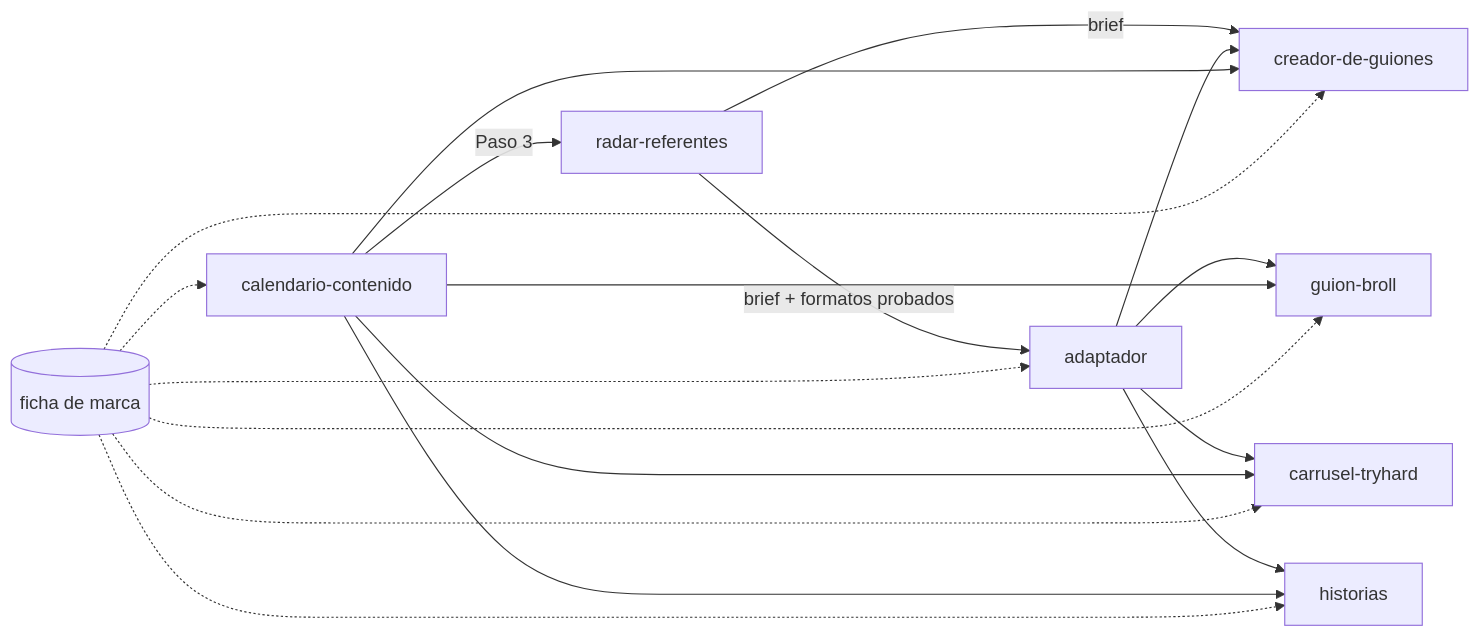
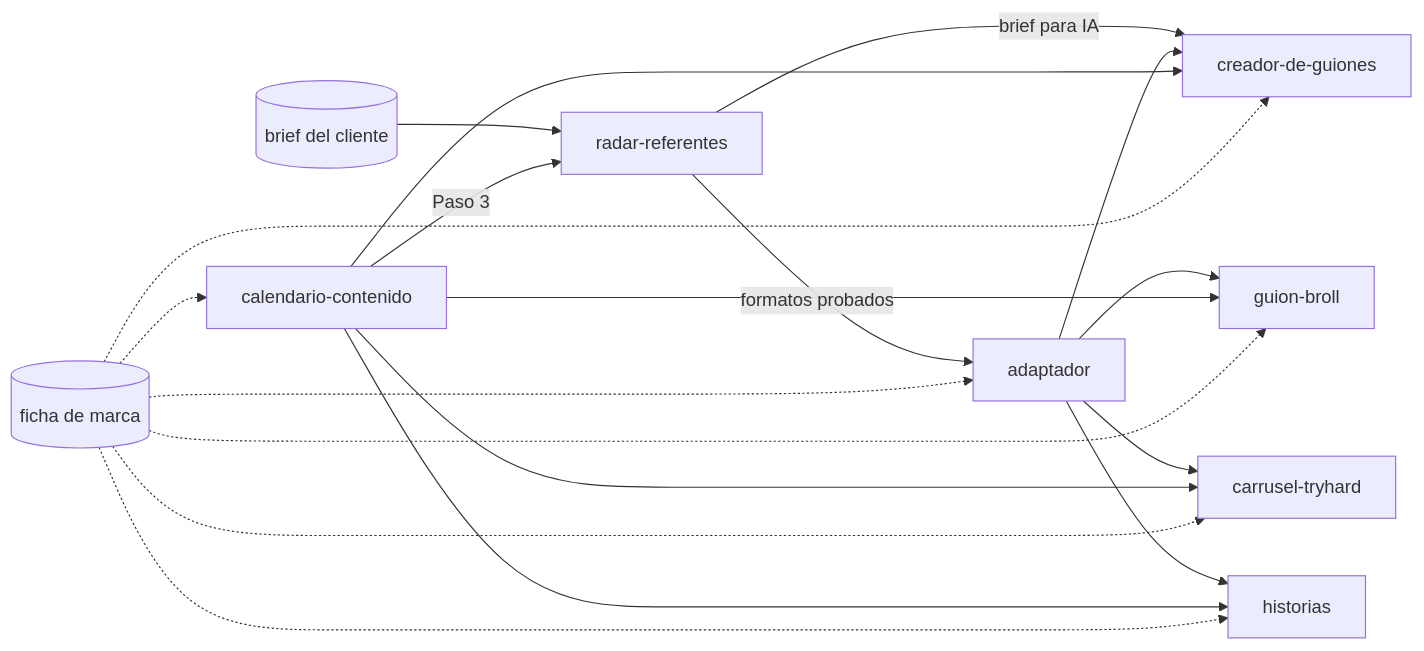
One commit to luisrochagr/phoenix-os-skills changed the diagram in README.md. Above: the diagram before and after it, drawn with Mermaid. The commit also changed other lines of this file and 5 other files, not shown here.

First line of the commit message:
Radar: el brief del cliente (contexto, oferta y avatar) es input obligatorio

````diff
--- a/README.md
+++ b/README.md
@@ -25,12 +25,13 @@
 ```mermaid
 flowchart LR
-  R[radar-referentes] -->|brief + formatos probados| A[adaptador]
-  R -->|brief| G[creador-de-guiones]
+  B0[(brief del cliente)] --> R
+  R[radar-referentes] -->|formatos probados| A[adaptador]
+  R -->|brief para IA| G[creador-de-guiones]
   A --> G
   A --> B[guion-broll]
   A --> C[carrusel-tryhard]
   A --> H[historias]
   CAL[calendario-contenido] -->|Paso 3| R
   CAL --> G & B & C & H
   F[(ficha de marca)] -.-> A & G & B & C & H & CAL
 ```
````
